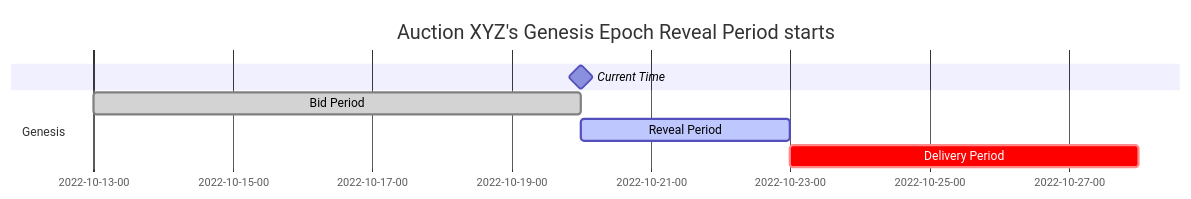
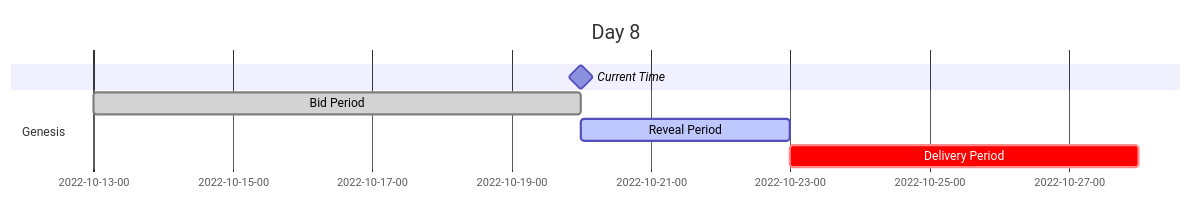
Before and after one commit to zoidz123/zoidz123.github.io: the second of 5 diagrams in docs/understanding-auction-behavior.md, drawn with Mermaid. The commit also changed other lines of this file and 18 other files, not shown here.

````diff
--- a/docs/understanding-auction-behavior.md
+++ b/docs/understanding-auction-behavior.md
@@ -126,13 +66,13 @@
 ```mermaid
 gantt
     dateFormat  YYYY-MM-DD-HH
     axisFormat  %Y-%m-%d-%H
     todayMarker off
-    title       Auction XYZ's Genesis Epoch Reveal Period starts
+    title       Day 8
     Current Time: milestone, 2022-10-20-00, 0d
 
     section Genesis
     Bid Period                  :done,  des1, 2022-10-13-00, 7d
     Reveal Period               :active,  des2, after des1, 3d
     Delivery Period             :crit,  des3, after des2, 5d
 ```
````
